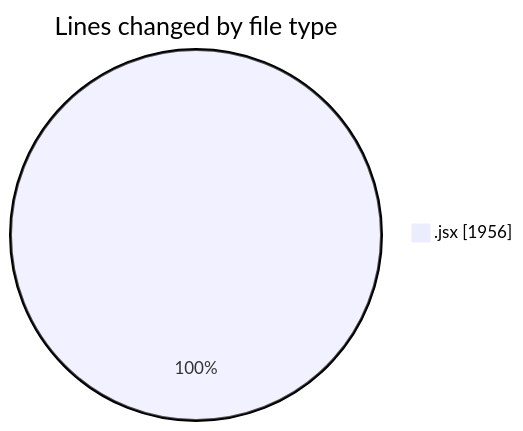
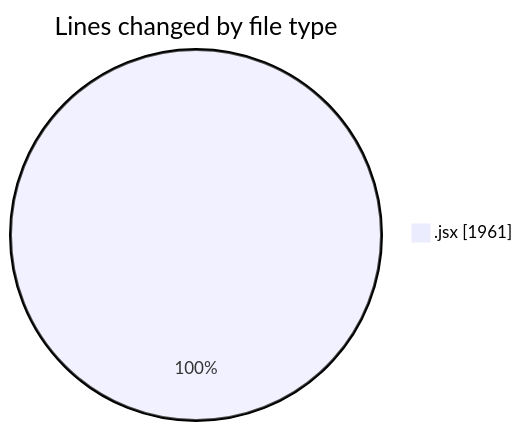
Before and after one commit to nxtqubesakshisongat/code-tracking: the first of 2 diagrams in 2025-10-14/nxtqube_webapp/README.md, drawn with Mermaid. The commit also changed other lines of this file and 1 other file, not shown here.

````diff
--- a/2025-10-14/nxtqube_webapp/README.md
+++ b/2025-10-14/nxtqube_webapp/README.md
@@ -21,5 +21,5 @@
 ```mermaid
 pie showData
 title Lines changed by file type
-".jsx" : 1956
+".jsx" : 1961
 ```
````
